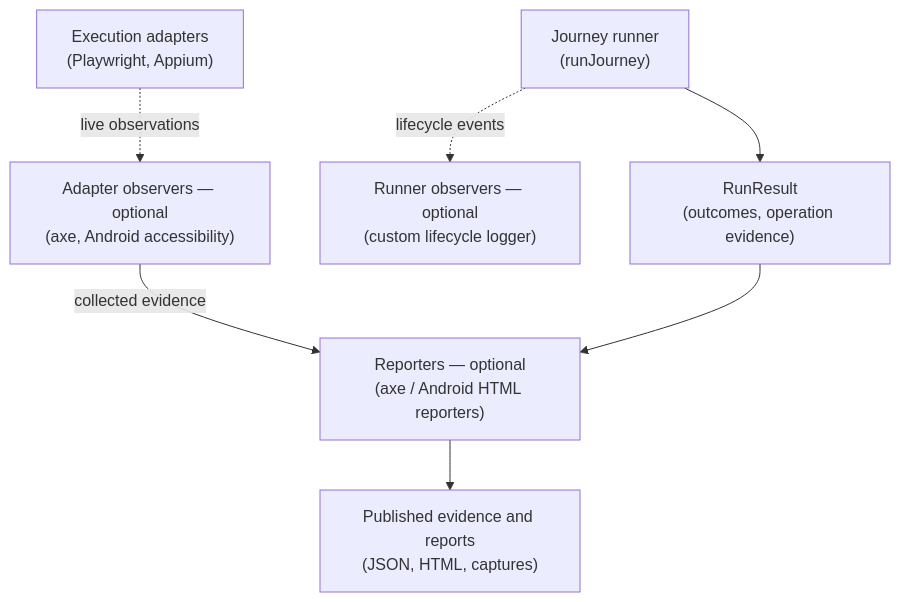
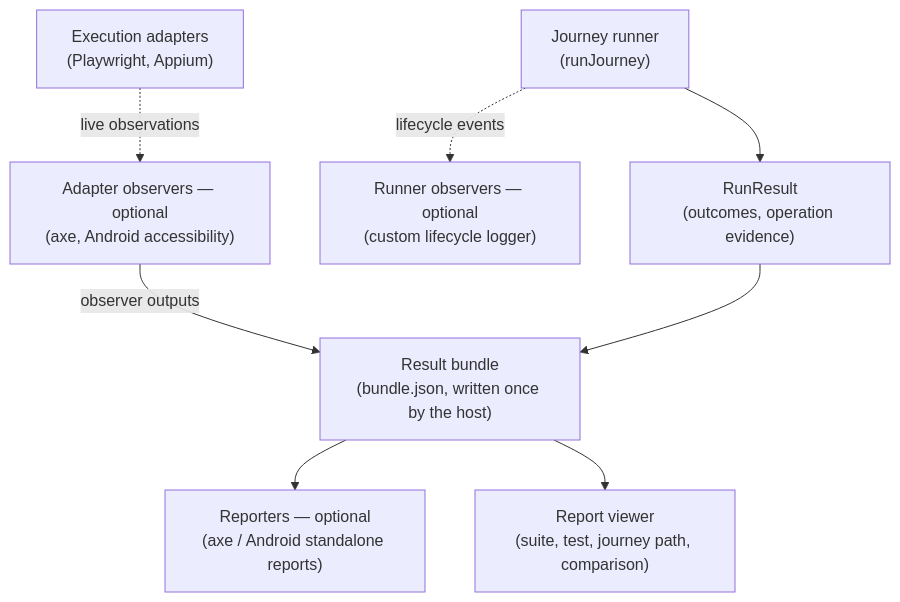
The fifth of 6 diagrams in README.md (openuji/journey-mesh), drawn with Mermaid before and after one commit. The commit also changed other lines of this file and 209 other files, not shown here.

````diff
--- a/README.md
+++ b/README.md
@@ -136,9 +139,10 @@
 ```mermaid
 flowchart TB
   runner["Journey runner<br/>(runJourney)"] --> result["RunResult<br/>(outcomes, operation evidence)"]
   runner -.->|lifecycle events| lifecycle["Runner observers — optional<br/>(custom lifecycle logger)"]
   adapters["Execution adapters<br/>(Playwright, Appium)"] -.->|live observations| capture["Adapter observers — optional<br/>(axe, Android accessibility)"]
-  capture -->|collected evidence| reporters["Reporters — optional<br/>(axe / Android HTML reporters)"]
-  result --> reporters
-  reporters --> output["Published evidence and reports<br/>(JSON, HTML, captures)"]
+  capture -->|observer outputs| bundle["Result bundle<br/>(bundle.json, written once by the host)"]
+  result --> bundle
+  bundle --> reporters["Reporters — optional<br/>(axe / Android standalone reports)"]
+  bundle --> viewer["Report viewer<br/>(suite, test, journey path, comparison)"]
 ```
````
